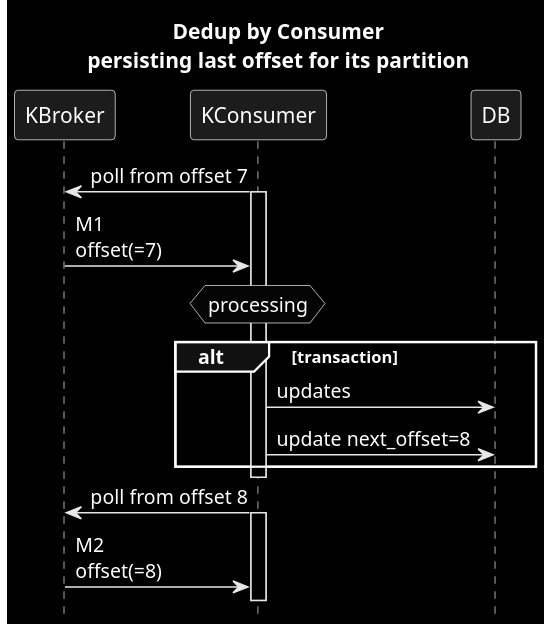
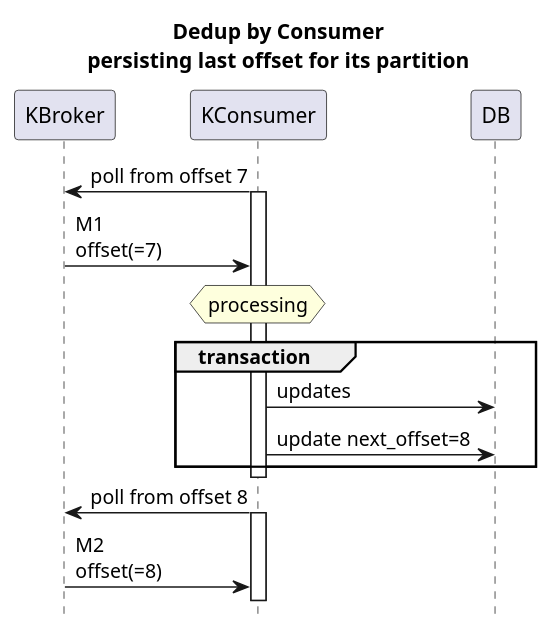
Before and after one commit to victorrentea/kafka: the diagram in patterns/1_duplicates_c___kafka_storing_offset.puml, drawn with PlantUML. The commit also changed 23 other files, not shown here.

```diff
--- a/patterns/1_duplicates_c___kafka_storing_offset.puml
+++ b/patterns/1_duplicates_c___kafka_storing_offset.puml
@@ -1,18 +1,17 @@
 @startuml
 title Dedup by Consumer\npersisting last offset for its partition
 hide footbox
-skinparam monochrome reverse
 KBroker<-KConsumer: poll from offset 7
 KConsumer++
 KBroker->KConsumer: M1\noffset(=7)
 hnote over KConsumer: processing
-alt transaction
+group transaction
 KConsumer->DB: updates
 KConsumer->DB: update next_offset=8
 end
 KConsumer--
 
 KBroker<-KConsumer: poll from offset 8
 KConsumer++
 KBroker->KConsumer: M2\noffset(=8)
 @enduml
```
